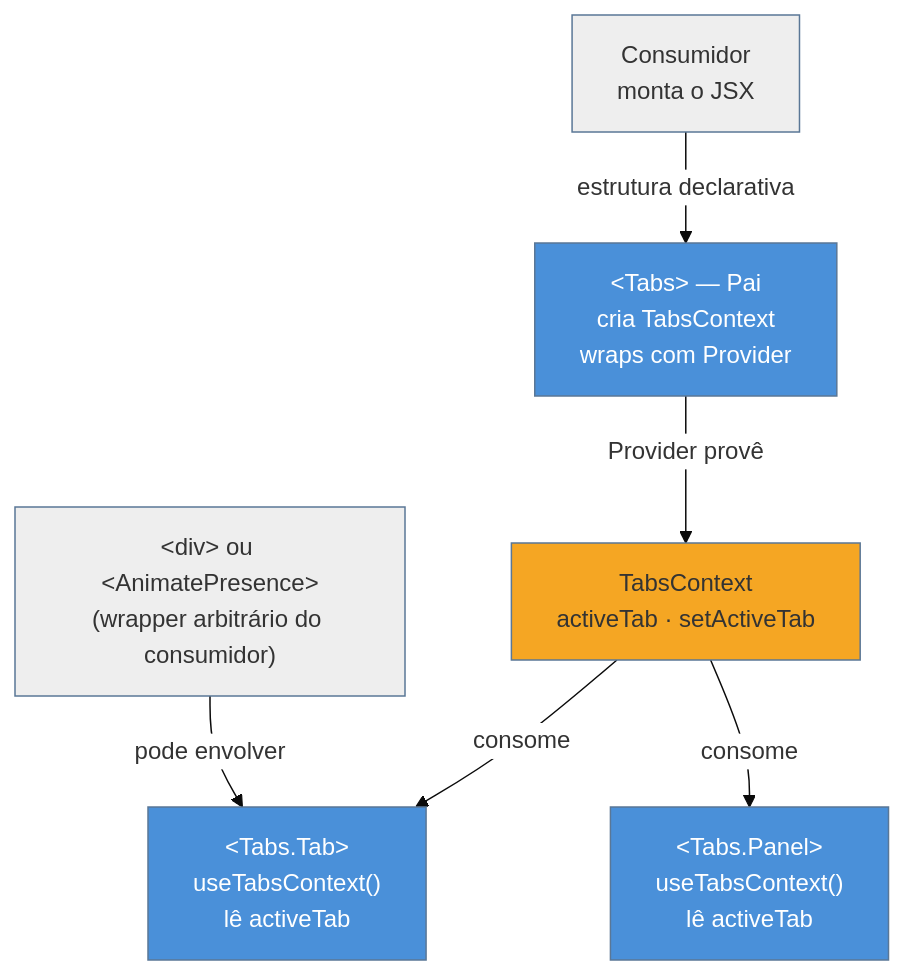
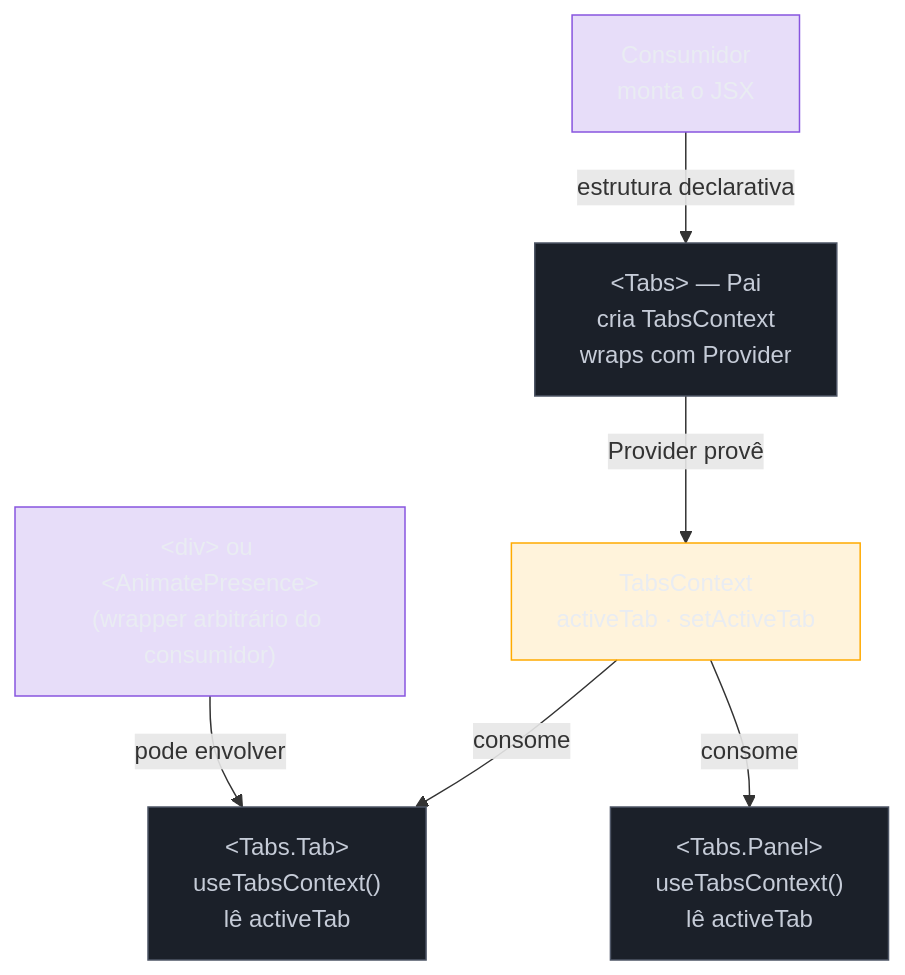
Before and after one commit to josenaldo/codex-technomanticus: the diagram in 03-Dominios/Tecnologia/React/Design Patterns/07 - Compound components.md, drawn with Mermaid. The commit also changed 1181 other files, not shown here.

First line of the commit message:
fix(diagramas): paleta do sistema no lugar de cor cravada no markdown

````diff
--- a/03-Dominios/Tecnologia/React/Design Patterns/07 - Compound components.md
+++ b/03-Dominios/Tecnologia/React/Design Patterns/07 - Compound components.md
@@ -80,23 +80,25 @@
 ```mermaid
-%%{init: {"theme": "base", "themeVariables": {"primaryColor": "#4A90D9", "edgeLabelBackground": "#ffffff"}}}%%
 graph TD
+    classDef neutro fill:#1B2029,stroke:#4E5666,color:#C6CCD8
+    classDef destaque fill:#FFAA0024,stroke:#FFAA00,color:#E9ECF2
+    classDef marca fill:#8855DF33,stroke:#8855DF,color:#E9ECF2
     Consumer["Consumidor\nmonta o JSX"]
     Parent["&lt;Tabs&gt; — Pai\ncria TabsContext\nwraps com Provider"]
     Context["TabsContext\nactiveTab · setActiveTab"]
     Tab["&lt;Tabs.Tab&gt;\nuseTabsContext()\nlê activeTab"]
     Panel["&lt;Tabs.Panel&gt;\nuseTabsContext()\nlê activeTab"]
     Wrapper["&lt;div&gt; ou &lt;AnimatePresence&gt;\n(wrapper arbitrário do consumidor)"]
 
     Consumer -->|"estrutura declarativa"| Parent
     Parent -->|"Provider provê"| Context
     Context -->|"consome"| Tab
     Wrapper -->|"pode envolver"| Tab
     Context -->|"consome"| Panel
 
-    style Parent fill:#4A90D9,color:#fff
-    style Context fill:#F5A623,color:#333
-    style Tab fill:#4A90D9,color:#fff
-    style Panel fill:#4A90D9,color:#fff
-    style Consumer fill:#eeeeee,color:#333
-    style Wrapper fill:#eeeeee,color:#333
+    class Parent neutro
+    class Context destaque
+    class Tab neutro
+    class Panel neutro
+    class Consumer marca
+    class Wrapper marca
 ```
````
